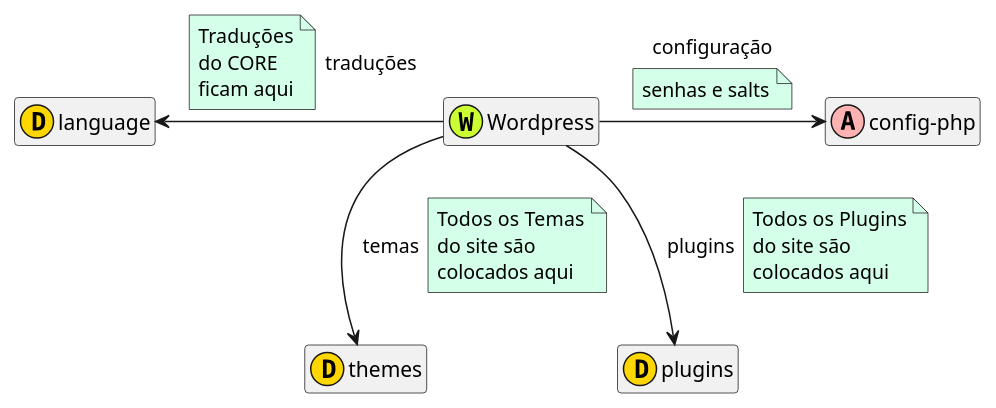
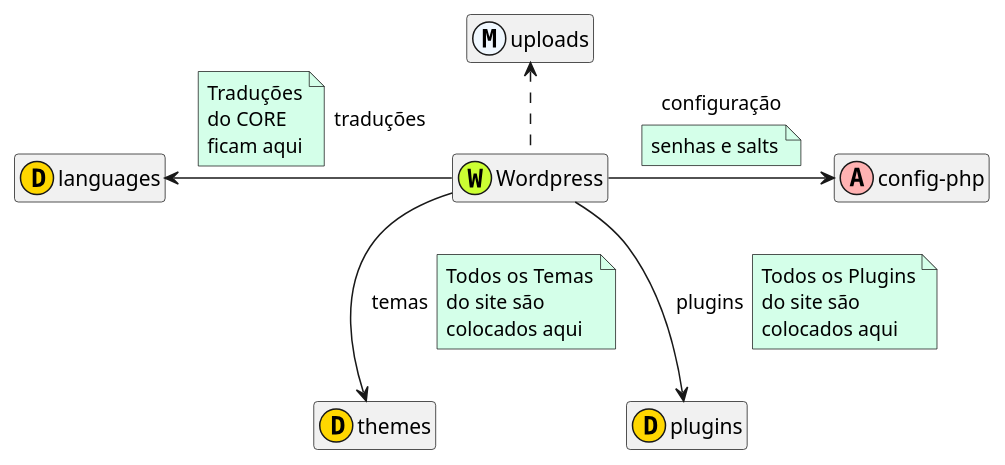
One commit to joao-parana/jessie-wordpress changed the diagram in docs/wp.puml. Above: the diagram before and after it, drawn with PlantUML. The commit also changed 3 other files, not shown here.

```diff
--- a/docs/wp.puml
+++ b/docs/wp.puml
@@ -1,33 +1,37 @@
 @startuml
 
 class Wordpress << (W,#CCFF33) >>
 class themes << (D,gold) >>
 class plugins << (D,gold) >>
-class language << (D,gold) >>
+class languages << (D,gold) >>
 class "config-php"  << (A,#FFB2B2) >>
 Wordpress -> "config-php" : configuração
 note on link #D4FFE9: senhas e salts
 
 Wordpress --> themes : temas
 note right on link #D4FFE9
   Todos os Temas
   do site são
   colocados aqui
 end note
 
 Wordpress --> plugins : plugins
 note right on link #D4FFE9
   Todos os Plugins
   do site são
   colocados aqui
 end note
 
-language <- Wordpress : traduções
+languages <- Wordpress : traduções
 note left on link #D4FFE9
   Traduções
   do CORE
   ficam aqui
 end note
+
+class uploads << (M,AliceBlue) >>
+Wordpress .up.> uploads
+
 hide members
 
 @enduml
```
